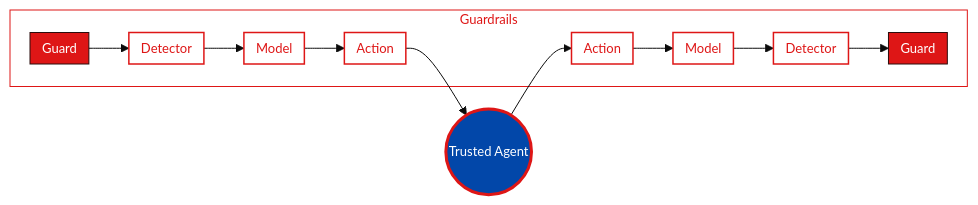
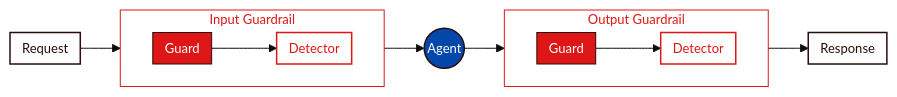
One commit to vijilAI/docs changed the diagram in developer-guide/protect/overview.mdx. Above: the diagram before and after it, drawn with Mermaid. The commit also changed other lines of this file, not shown here.

````diff
--- a/developer-guide/protect/overview.mdx
+++ b/developer-guide/protect/overview.mdx
@@ -28,29 +28,32 @@
 ```mermaid actions={false}
 %%{init: {'theme':'base', 'themeVariables': {'fontFamily':'Futura Medium, Futura, sans-serif','fontSize':'13px'}, 'flowchart': {'nodeSpacing':25,'rankSpacing':40,'padding':6}}}%%
 flowchart LR
-    subgraph Guardrails[Guardrails]
-        GuardIn[Guard]
-        DetectorIn[Detector]
-        ModelIn[Model]
-        ActionIn[Action]
-        ActionOut[Action]
-        ModelOut[Model]
-        DetectorOut[Detector]
-        GuardOut[Guard]
+    Request[Request] --> InputGuard
+
+    subgraph InputGuardrail[Input Guardrail]
+        direction LR
+        InputGuard[Guard] --> InputDetector[Detector]
     end
 
-    Agent((Trusted Agent))
+    InputDetector --> Agent((Agent))
+    Agent --> OutputGuard
 
-    GuardIn --> DetectorIn --> ModelIn --> ActionIn --> Agent
-    Agent --> ActionOut --> ModelOut --> DetectorOut --> GuardOut
+    subgraph OutputGuardrail[Output Guardrail]
+        direction LR
+        OutputGuard[Guard] --> OutputDetector[Detector]
+    end
 
-    classDef guard    fill:#DE1616,stroke:#2B0C0C,color:#FFFFFF,stroke-width:1px;
-    classDef redLine  fill:#FFFFFF,stroke:#DE1616,color:#DE1616,stroke-width:1.5px;
-    classDef agent    fill:#0247A9,stroke:#DE1616,color:#FFFFFF,stroke-width:3px;
-    classDef railbox  fill:none,stroke:#DE1616,color:#DE1616,stroke-width:1px;
+    OutputDetector --> Response[Response]
 
-    class GuardIn,GuardOut guard;
-    class DetectorIn,DetectorOut,ModelIn,ModelOut,ActionIn,ActionOut redLine;
+    classDef endpoint fill:#FFFFFF,stroke:#2B0C0C,color:#2B0C0C,stroke-width:1.5px;
+    classDef guard fill:#DE1616,stroke:#2B0C0C,color:#FFFFFF,stroke-width:1px;
+    classDef detector fill:#FFFFFF,stroke:#DE1616,color:#DE1616,stroke-width:1.5px;
+    classDef agent fill:#0247A9,stroke:#2B0C0C,color:#FFFFFF,stroke-width:1.5px;
+    classDef railbox fill:none,stroke:#DE1616,color:#DE1616,stroke-width:1px;
+
+    class Request,Response endpoint;
+    class InputGuard,OutputGuard guard;
+    class InputDetector,OutputDetector detector;
     class Agent agent;
-    class Guardrails railbox;
+    class InputGuardrail,OutputGuardrail railbox;
 ```
````
